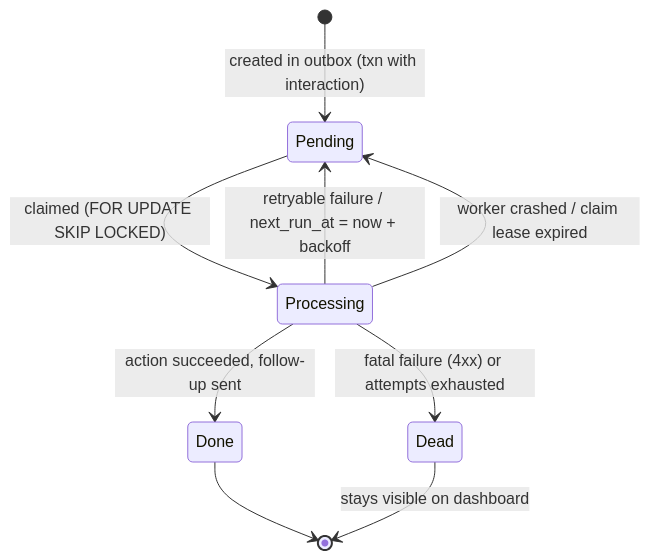
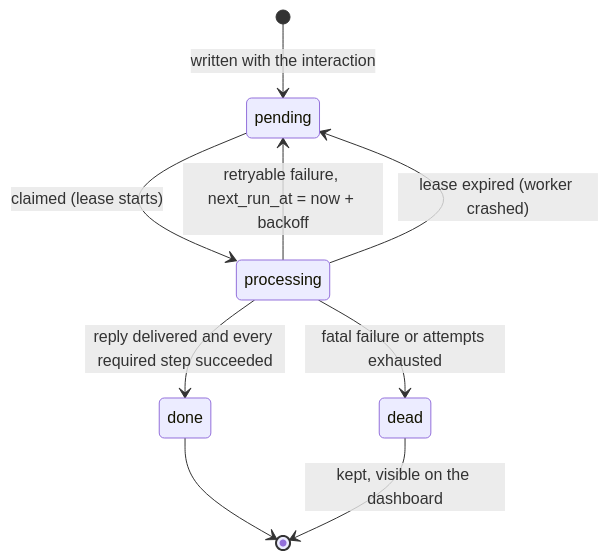
One commit to RohanUrankar/discord-report-line changed diagram 15 of 17 in architecture/docs/DESIGN.md. Above: the diagram before and after it, drawn with Mermaid. The commit also changed other lines of this file, not shown here.

````diff
--- a/architecture/docs/DESIGN.md
+++ b/architecture/docs/DESIGN.md
@@ -945,11 +988,11 @@
 ```mermaid
 stateDiagram-v2
-    [*] --> Pending: created in outbox (txn with interaction)
-    Pending --> Processing: claimed (FOR UPDATE SKIP LOCKED)
-    Processing --> Done: action succeeded, follow-up sent
-    Processing --> Pending: retryable failure / next_run_at = now + backoff
-    Processing --> Dead: fatal failure (4xx) or attempts exhausted
-    Processing --> Pending: worker crashed / claim lease expired
-    Done --> [*]
-    Dead --> [*]: stays visible on dashboard
+    [*] --> pending: written with the interaction
+    pending --> processing: claimed (lease starts)
+    processing --> done: reply delivered and every required step succeeded
+    processing --> pending: retryable failure, next_run_at = now + backoff
+    processing --> pending: lease expired (worker crashed)
+    processing --> dead: fatal failure or attempts exhausted
+    done --> [*]
+    dead --> [*]: kept, visible on the dashboard
 ```
````
